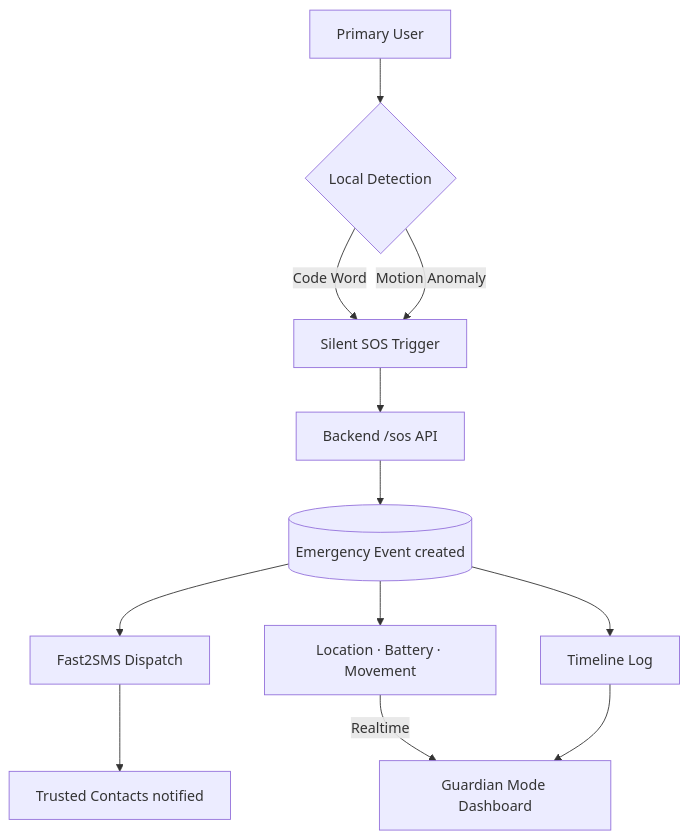
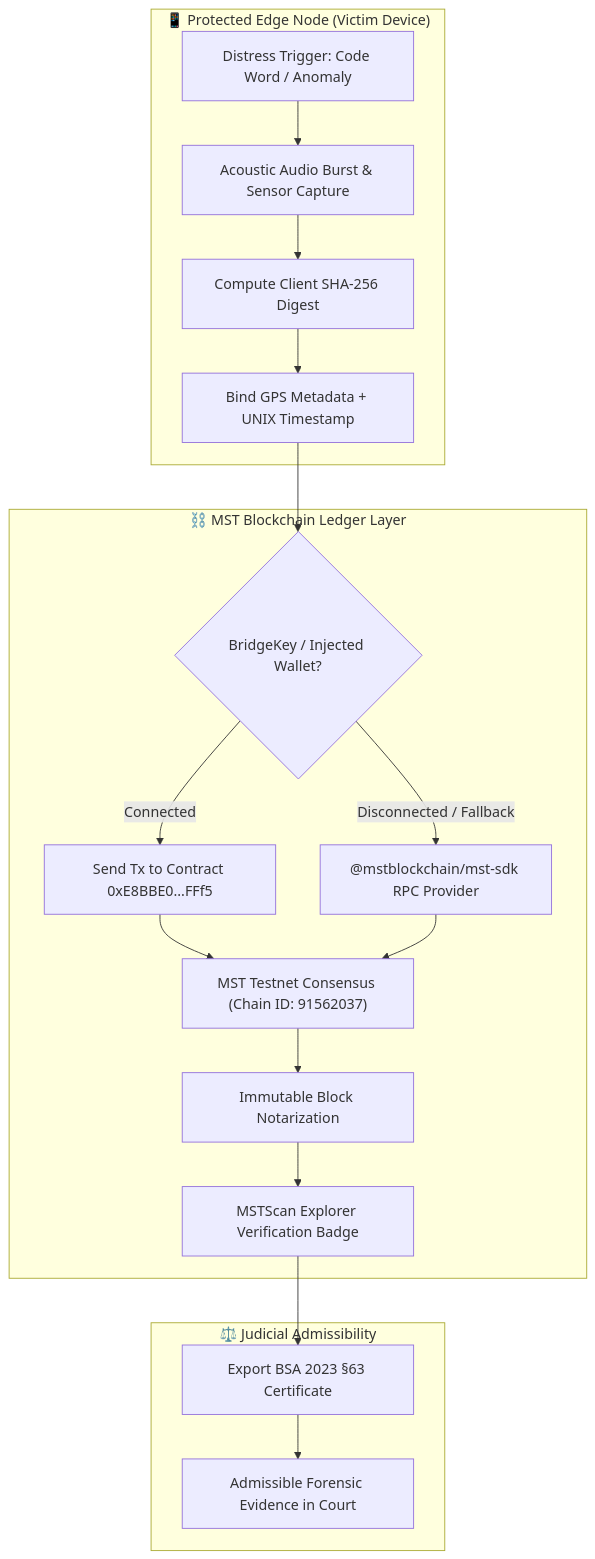
The diagram in README.md (asmodeus276/Suruksha-Shadow), drawn with Mermaid before and after one commit. The commit also changed other lines of this file and 11 other files, not shown here.

Commit message:
feat: integrate MST Blockchain notary vault and BridgeKey wallet for hackathon track

````diff
--- a/README.md
+++ b/README.md
@@ -78,14 +85,25 @@
 ```mermaid
 flowchart TD
-    A[Primary User] --> B{Local Detection}
-    B -->|Code Word| C[Silent SOS Trigger]
-    B -->|Motion Anomaly| C
-    C --> D["Backend /sos API"]
-    D --> E[(Emergency Event created)]
-    E --> F[Fast2SMS Dispatch]
-    F --> G[Trusted Contacts notified]
-    E --> H[Location · Battery · Movement]
-    H -->|Realtime| I[Guardian Mode Dashboard]
-    E --> J[Timeline Log]
-    J --> I
+    subgraph EdgeDevice["📱 Protected Edge Node (Victim Device)"]
+        A[Distress Trigger: Code Word / Anomaly] --> B[Acoustic Audio Burst & Sensor Capture]
+        B --> C[Compute Client SHA-256 Digest]
+        C --> D[Bind GPS Metadata + UNIX Timestamp]
+    end
+
+    subgraph MSTWeb3["⛓️ MST Blockchain Ledger Layer"]
+        E{BridgeKey / Injected Wallet?}
+        E -->|Connected| F["Send Tx to Contract 0xE8BBE0...FFf5"]
+        E -->|Disconnected / Fallback| G["@mstblockchain/mst-sdk RPC Provider"]
+        F --> H["MST Testnet Consensus (Chain ID: 91562037)"]
+        G --> H
+        H --> I["Immutable Block Notarization"]
+        I --> J["MSTScan Explorer Verification Badge"]
+    end
+
+    subgraph LegalDossier["⚖️ Judicial Admissibility"]
+        J --> K["Export BSA 2023 §63 Certificate"]
+        K --> L["Admissible Forensic Evidence in Court"]
+    end
+
+    D --> E
 ```
````
